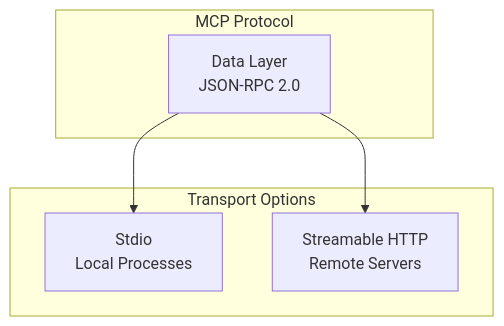
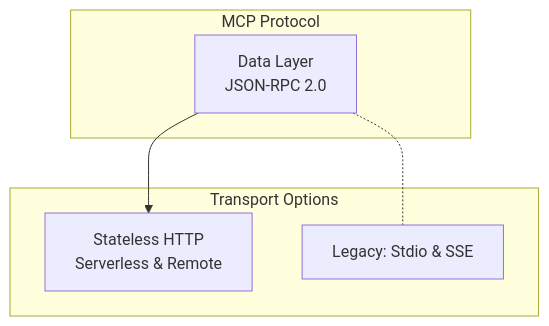
Before and after one commit to imagarg01/LearningStuff: the first of 5 diagrams in docs/AI/MCP/03_transports.md, drawn with Mermaid. The commit also changed other lines of this file and 26 other files, not shown here.

````diff
--- a/docs/AI/MCP/03_transports.md
+++ b/docs/AI/MCP/03_transports.md
@@ -7,14 +10,14 @@
 ```mermaid
 graph TB
     subgraph "MCP Protocol"
         Data[Data Layer<br/>JSON-RPC 2.0]
     end
     
     subgraph "Transport Options"
-        Stdio[Stdio<br/>Local Processes]
-        HTTP[Streamable HTTP<br/>Remote Servers]
+        StatelessHTTP[Stateless HTTP<br/>Serverless & Remote]
+        Legacy[Legacy: Stdio & SSE]
     end
     
-    Data --> Stdio
-    Data --> HTTP
+    Data --> StatelessHTTP
+    Data -.- Legacy
 ```
````
